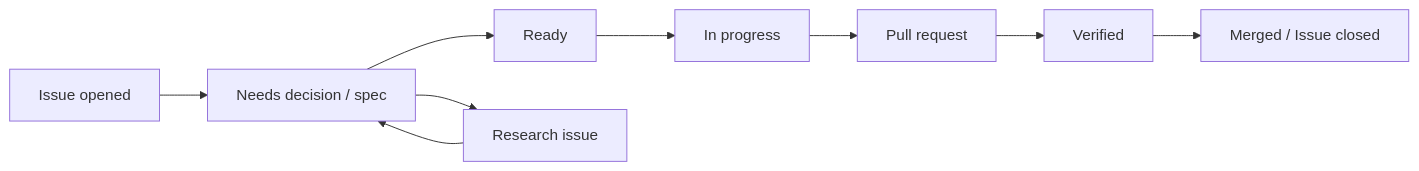
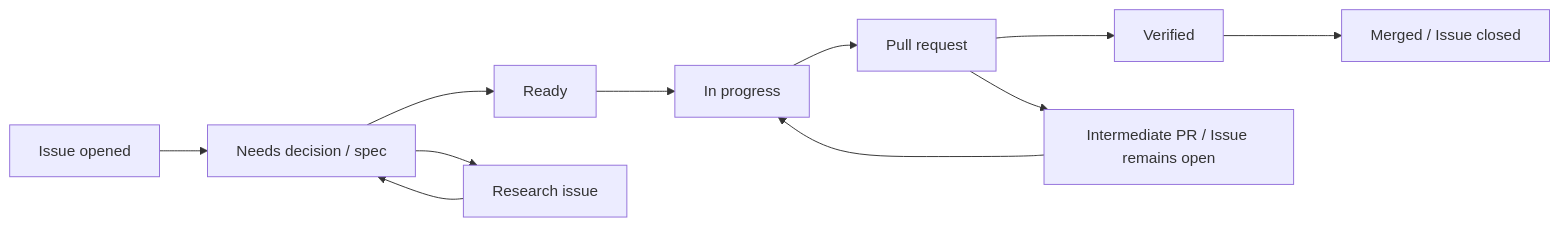
The diagram in docs/project/github-workflow.md (nunu1733/NunuLauncher), drawn with Mermaid before and after one commit. The commit also changed other lines of this file and 4 other files, not shown here.

````diff
--- a/docs/project/github-workflow.md
+++ b/docs/project/github-workflow.md
@@ -34,11 +34,13 @@
 ```mermaid
 flowchart LR
     A["Issue opened"] --> B["Needs decision / spec"]
     B --> C["Ready"]
     C --> D["In progress"]
     D --> E["Pull request"]
     E --> F["Verified"]
     F --> G["Merged / Issue closed"]
+    E --> H2["Intermediate PR / Issue remains open"]
+    H2 --> D
     B --> H["Research issue"]
     H --> B
 ```
````
